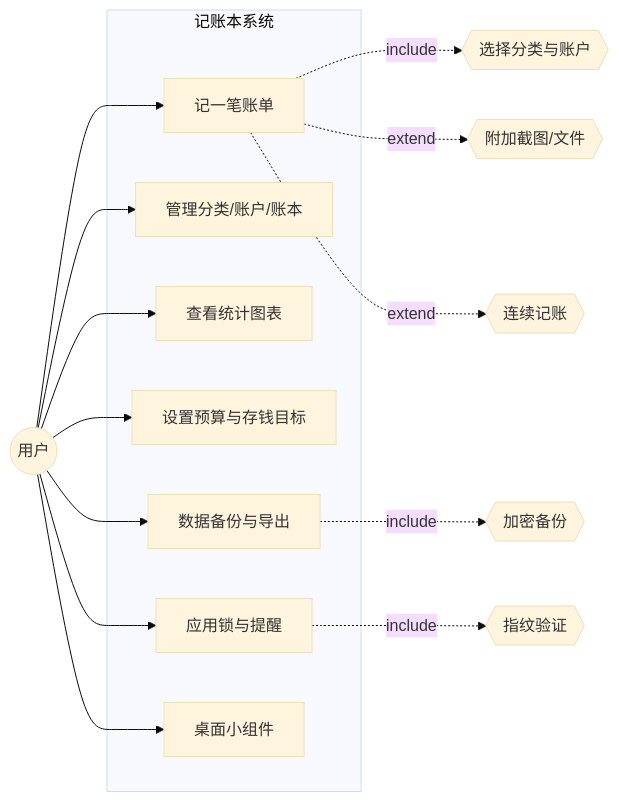
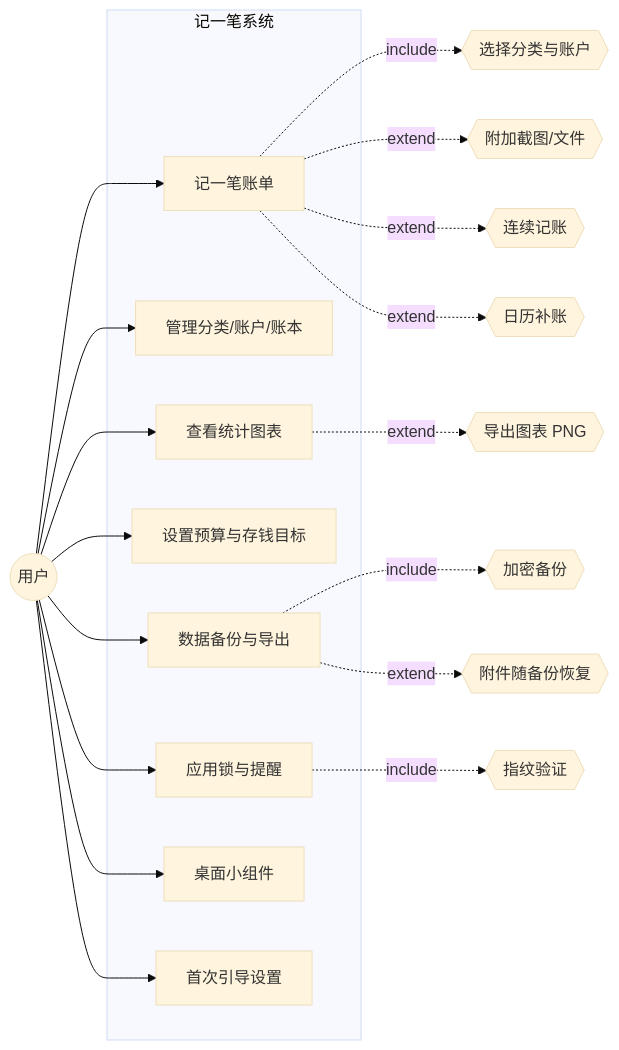
One commit to AndersOnLin4/moneybook changed the first of 7 diagrams in docs/03-UML建模.md. Above: the diagram before and after it, drawn with Mermaid (base theme). The commit also changed other lines of this file and 4 other files, not shown here.

````diff
--- a/docs/03-UML建模.md
+++ b/docs/03-UML建模.md
@@ -10,25 +10,30 @@
 ```mermaid
 flowchart LR
     U((用户))
-    subgraph 记账本系统
+    subgraph 记一笔系统
         UC1[记一笔账单]
         UC2[管理分类/账户/账本]
         UC3[查看统计图表]
         UC4[设置预算与存钱目标]
         UC5[数据备份与导出]
         UC6[应用锁与提醒]
         UC7[桌面小组件]
+        UC8[首次引导设置]
     end
     U --> UC1
     U --> UC2
     U --> UC3
     U --> UC4
     U --> UC5
     U --> UC6
     U --> UC7
-    UC1 -.->|include| UC8{{选择分类与账户}}
-    UC1 -.->|extend| UC9{{附加截图/文件}}
-    UC1 -.->|extend| UC10{{连续记账}}
-    UC5 -.->|include| UC11{{加密备份}}
-    UC6 -.->|include| UC12{{指纹验证}}
+    U --> UC8
+    UC1 -.->|include| UC9{{选择分类与账户}}
+    UC1 -.->|extend| UC10{{附加截图/文件}}
+    UC1 -.->|extend| UC11{{连续记账}}
+    UC1 -.->|extend| UC12{{日历补账}}
+    UC3 -.->|extend| UC13{{导出图表 PNG}}
+    UC5 -.->|include| UC14{{加密备份}}
+    UC5 -.->|extend| UC15{{附件随备份恢复}}
+    UC6 -.->|include| UC16{{指纹验证}}
 ```
````
